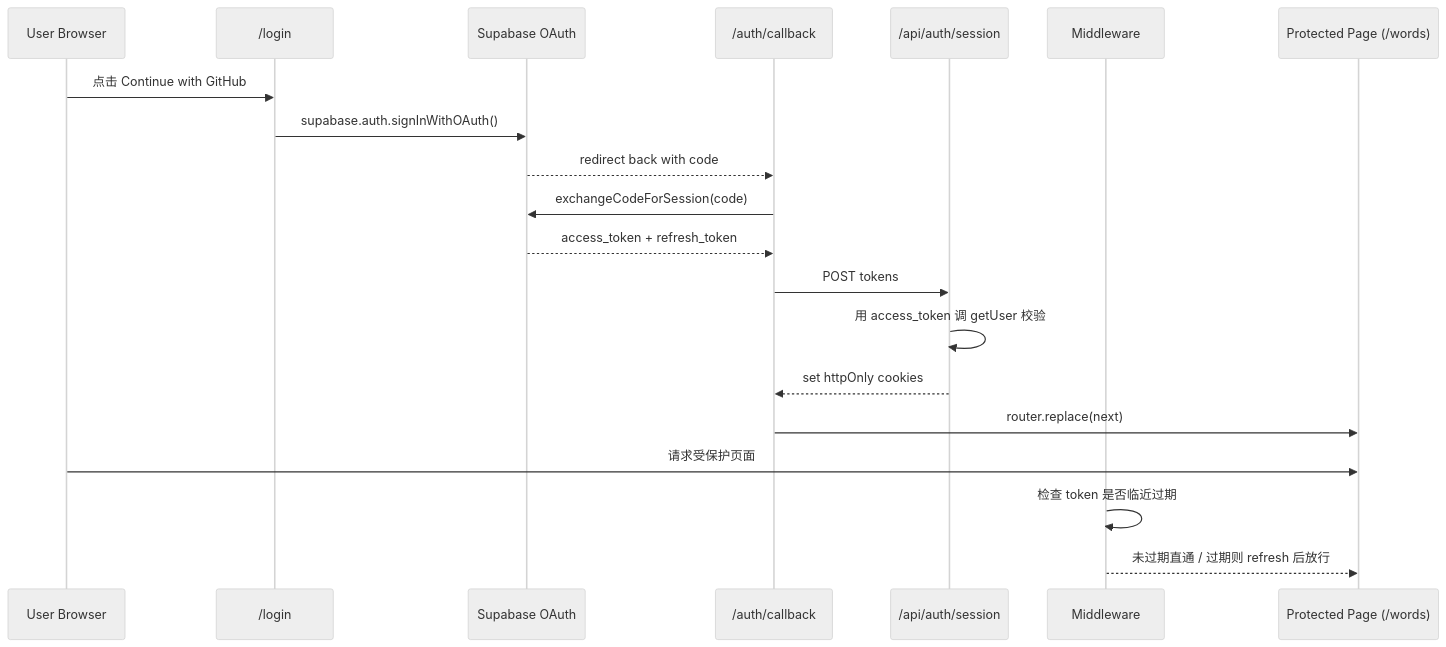
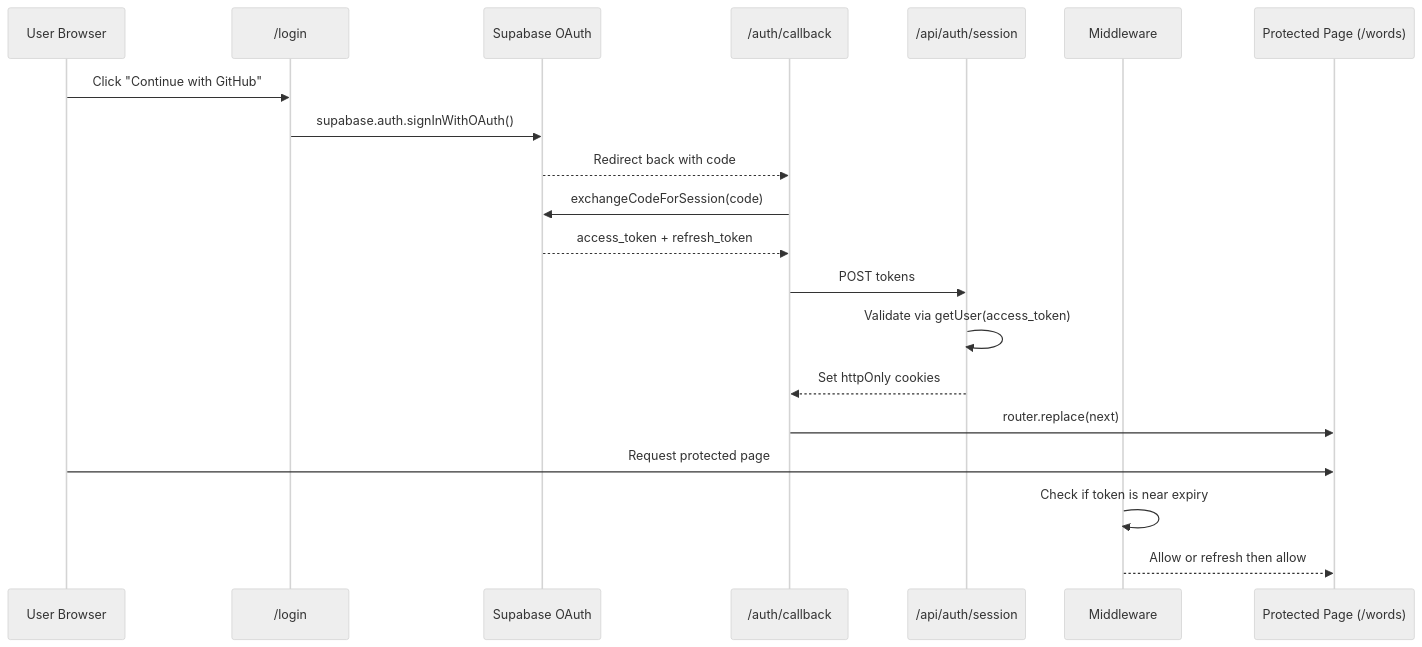
One commit to parkgogogo/blogs-md changed the first of 4 diagrams in docs/clawbot/supabase auth 指南.md. Above: the diagram before and after it, drawn with Mermaid (neutral theme). The commit also changed other lines of this file and 1 other file, not shown here.

Commit message:
docs: switch remaining mermaid labels to English (renderer workaround)

````diff
--- a/docs/clawbot/supabase auth 指南.md
+++ b/docs/clawbot/supabase auth 指南.md
@@ -14,23 +14,23 @@
 ```mermaid
 sequenceDiagram
   participant U as User Browser
   participant L as /login
   participant S as Supabase OAuth
   participant C as /auth/callback
   participant A as /api/auth/session
   participant M as Middleware
   participant P as Protected Page (/words)
 
-  U->>L: 点击 Continue with GitHub
+  U->>L: Click "Continue with GitHub"
   L->>S: supabase.auth.signInWithOAuth()
-  S-->>C: redirect back with code
+  S-->>C: Redirect back with code
   C->>S: exchangeCodeForSession(code)
   S-->>C: access_token + refresh_token
   C->>A: POST tokens
-  A->>A: 用 access_token 调 getUser 校验
-  A-->>C: set httpOnly cookies
+  A->>A: Validate via getUser(access_token)
+  A-->>C: Set httpOnly cookies
   C->>P: router.replace(next)
-  U->>P: 请求受保护页面
-  M->>M: 检查 token 是否临近过期
-  M-->>P: 未过期直通 / 过期则 refresh 后放行
+  U->>P: Request protected page
+  M->>M: Check if token is near expiry
+  M-->>P: Allow or refresh then allow
 ```
````
